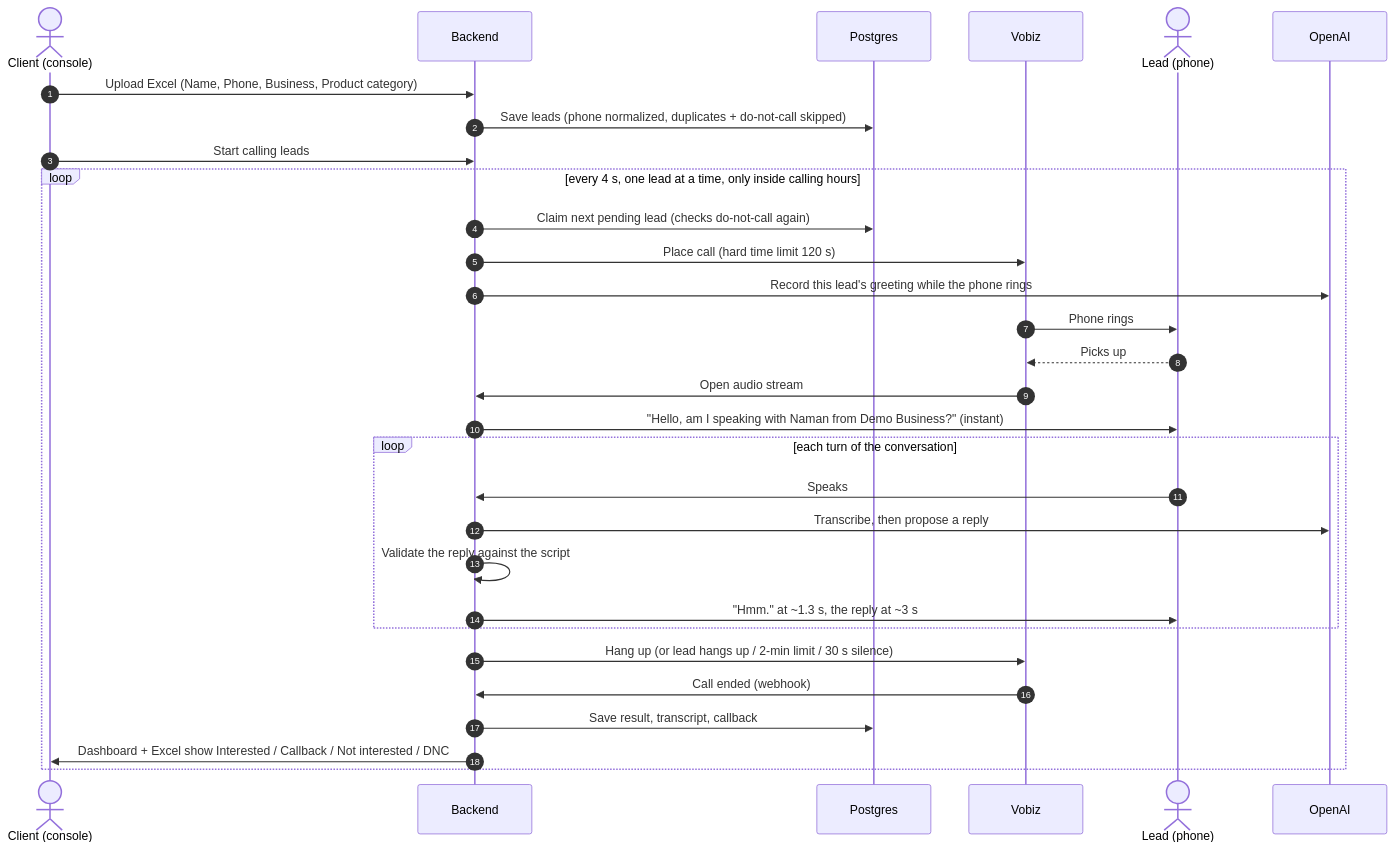
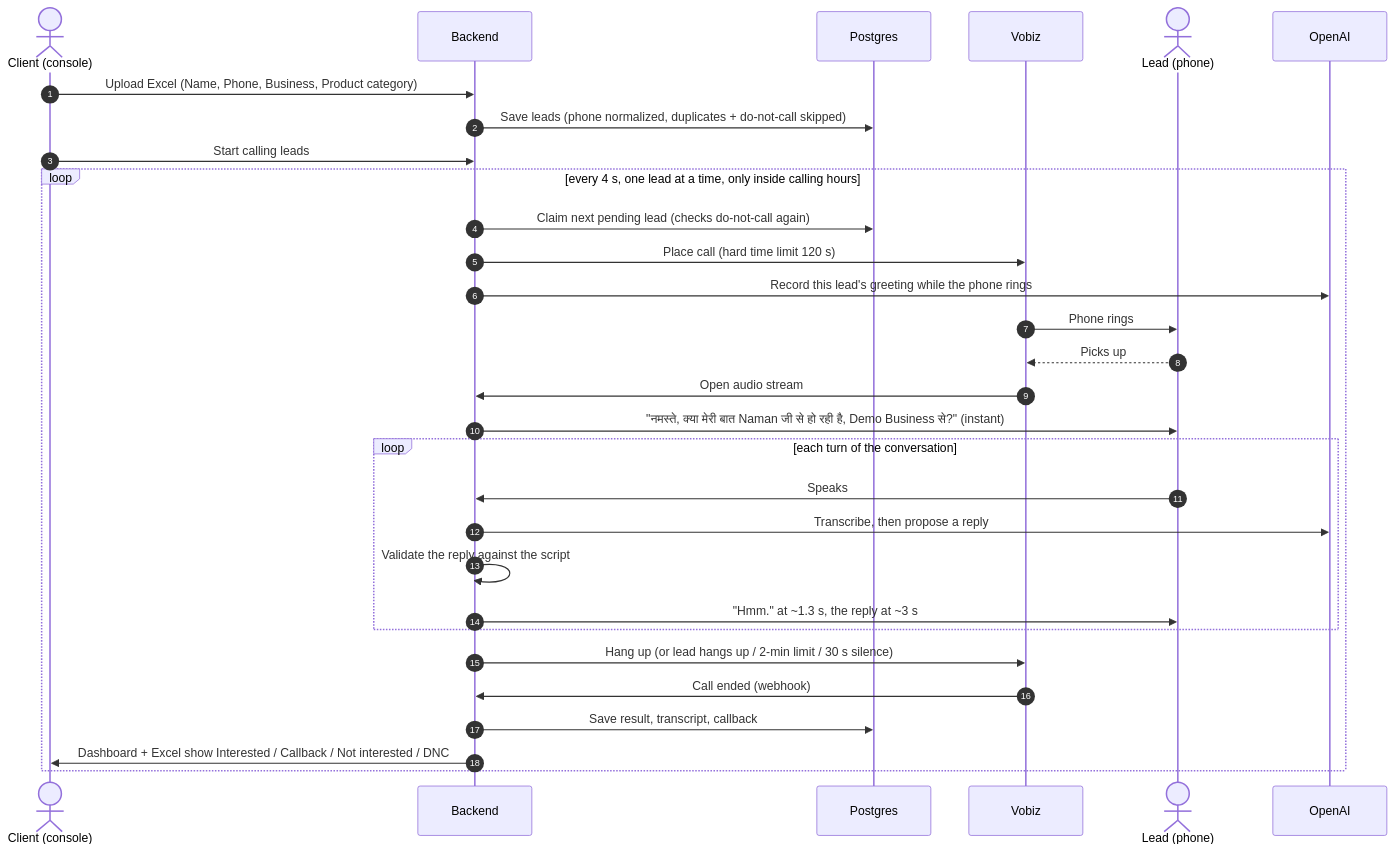
The second of 4 diagrams in FLOW.md (KNambiarDJsc/AI_sales_agent), drawn with Mermaid before and after one commit. The commit also changed other lines of this file and 21 other files, not shown here.

````diff
--- a/FLOW.md
+++ b/FLOW.md
@@ -44,33 +45,33 @@
 ```mermaid
 sequenceDiagram
     autonumber
     actor C as Client (console)
     participant API as Backend
     participant DB as Postgres
     participant VZ as Vobiz
     actor L as Lead (phone)
     participant AI as OpenAI
 
     C->>API: Upload Excel (Name, Phone, Business, Product category)
     API->>DB: Save leads (phone normalized, duplicates + do-not-call skipped)
     C->>API: Start calling leads
     loop every 4 s, one lead at a time, only inside calling hours
         API->>DB: Claim next pending lead (checks do-not-call again)
         API->>VZ: Place call (hard time limit 120 s)
         API->>AI: Record this lead's greeting while the phone rings
         VZ->>L: Phone rings
         L-->>VZ: Picks up
         VZ->>API: Open audio stream
-        API->>L: "Hello, am I speaking with Naman from Demo Business?" (instant)
+        API->>L: "नमस्ते, क्या मेरी बात Naman जी से हो रही है, Demo Business से?" (instant)
         loop each turn of the conversation
             L->>API: Speaks
             API->>AI: Transcribe, then propose a reply
             API->>API: Validate the reply against the script
             API->>L: "Hmm." at ~1.3 s, the reply at ~3 s
         end
         API->>VZ: Hang up (or lead hangs up / 2-min limit / 30 s silence)
         VZ->>API: Call ended (webhook)
         API->>DB: Save result, transcript, callback
         API->>C: Dashboard + Excel show Interested / Callback / Not interested / DNC
     end
 ```
````
